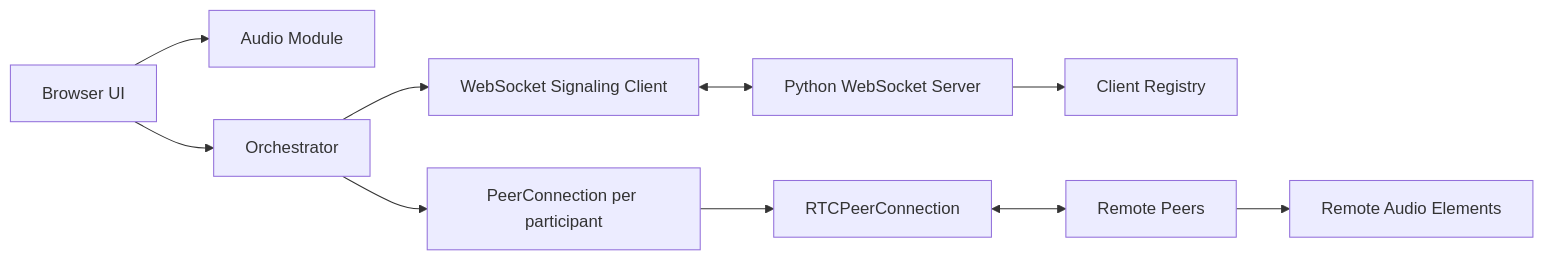
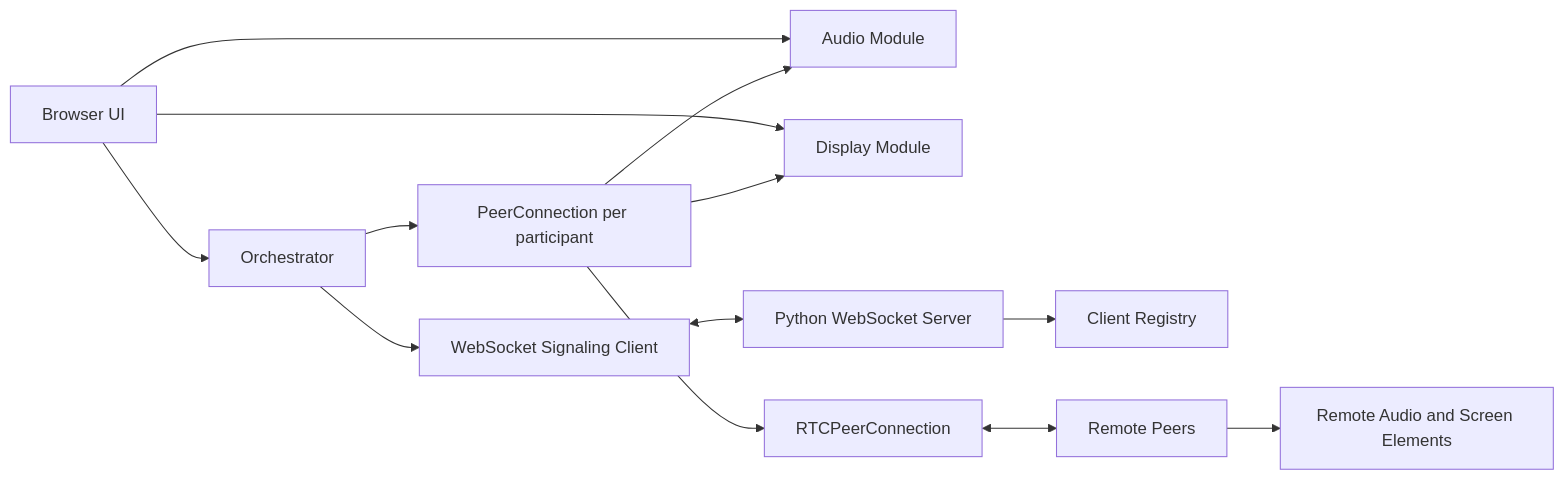
The diagram in README.md (bakitin/MCETC-App), drawn with Mermaid before and after one commit. The commit also changed other lines of this file and 8 other files, not shown here.

````diff
--- a/README.md
+++ b/README.md
@@ -83,12 +90,15 @@
 ```mermaid
 flowchart LR
     A[Browser UI] --> B[Audio Module]
-    A --> C[Orchestrator]
-    C --> D[WebSocket Signaling Client]
-    D <--> E[Python WebSocket Server]
-    E --> F[Client Registry]
-    C --> G[PeerConnection per participant]
-    G --> J[RTCPeerConnection]
-    J <--> H[Remote Peers]
-    H --> I[Remote Audio Elements]
+    A --> C[Display Module]
+    A --> D[Orchestrator]
+    D --> E[WebSocket Signaling Client]
+    E <--> F[Python WebSocket Server]
+    F --> G[Client Registry]
+    D --> H[PeerConnection per participant]
+    H --> B
+    H --> C
+    H --> I[RTCPeerConnection]
+    I <--> J[Remote Peers]
+    J --> K[Remote Audio and Screen Elements]
 ```
````
